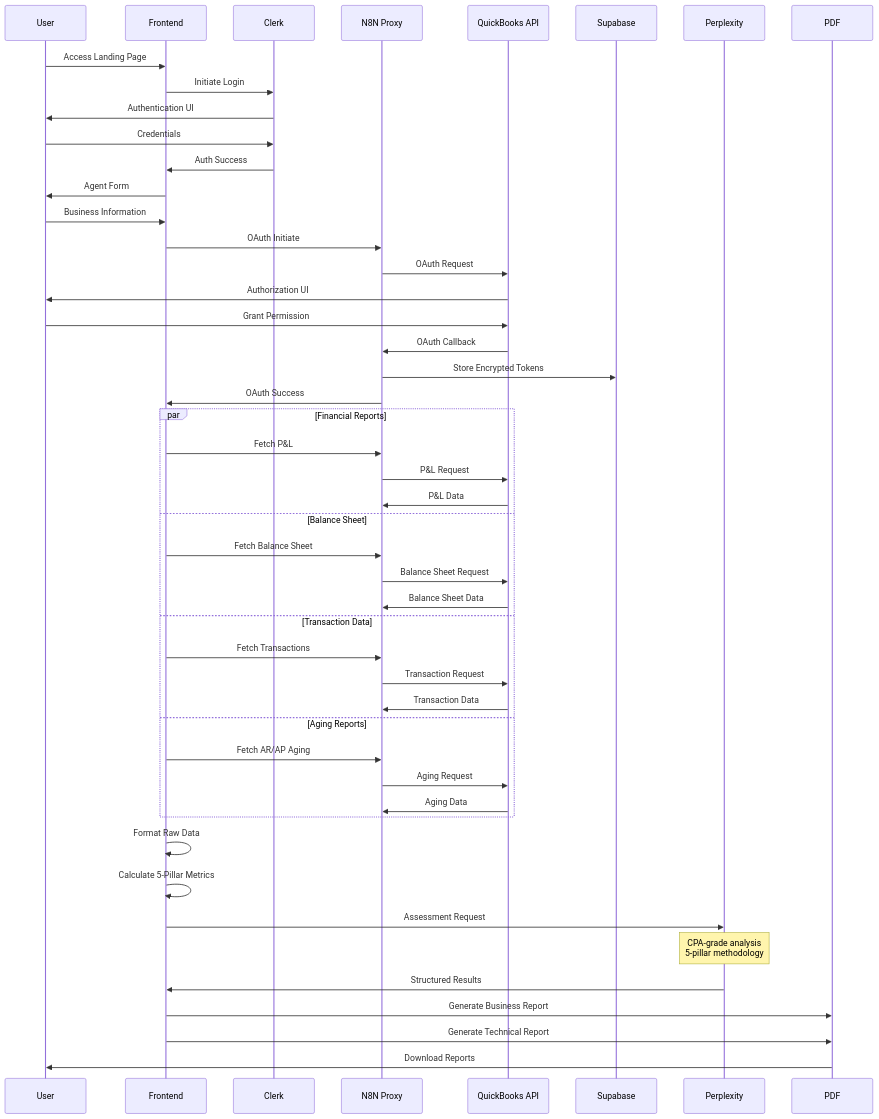
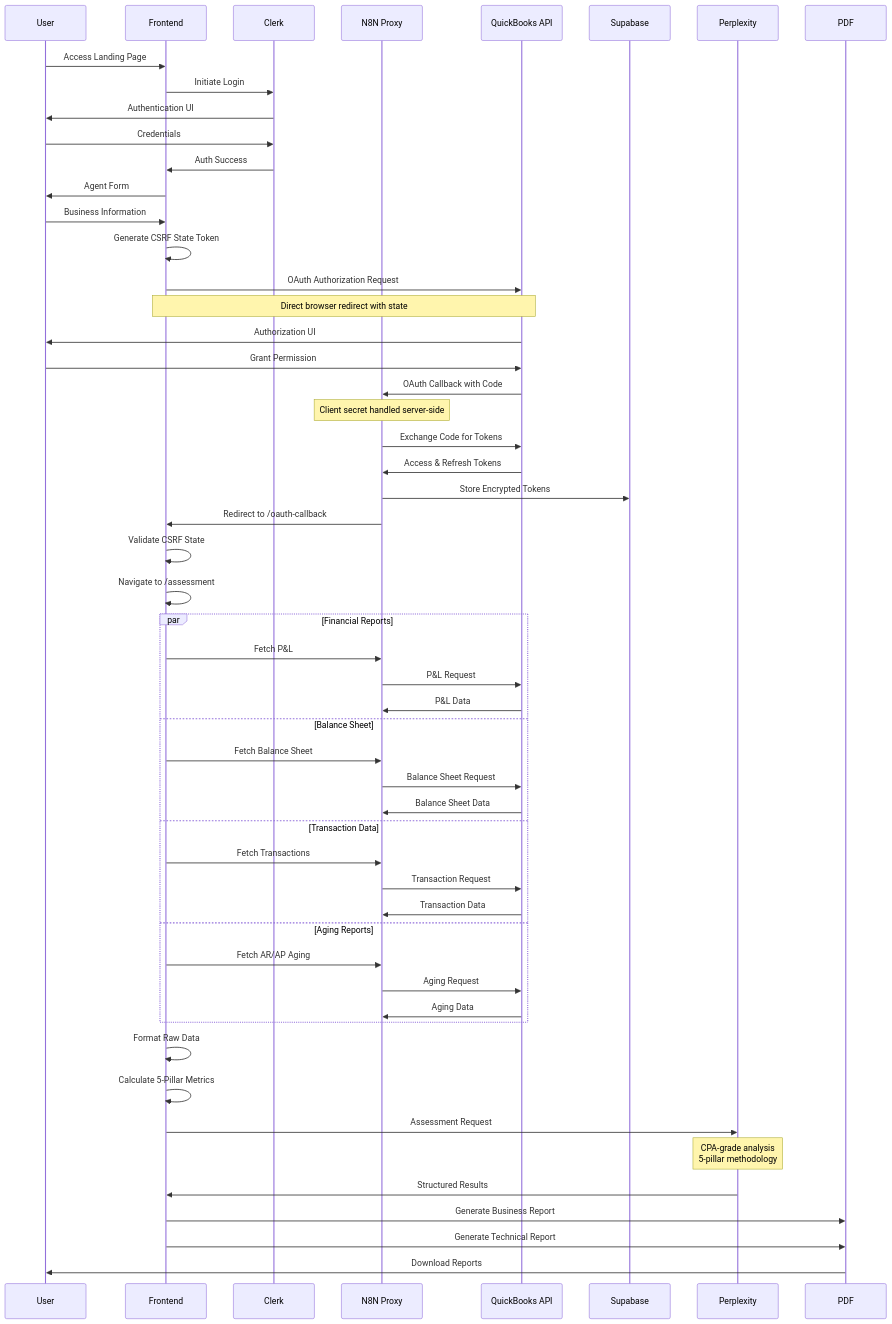
The second of 13 diagrams in docs/TECHNICAL_SPECIFICATION.md (luxtelos/adaptive-book-hygience-poc), drawn with Mermaid before and after one commit. The commit also changed other lines of this file and 5 other files, not shown here.

First line of the commit message:
fix: resolve OAuth callback infinite loop and update token management to use N8N JSON endpoints

````diff
--- a/docs/TECHNICAL_SPECIFICATION.md
+++ b/docs/TECHNICAL_SPECIFICATION.md
@@ -116,64 +116,70 @@
 ```mermaid
 sequenceDiagram
     participant User
     participant Frontend
     participant Clerk
     participant QBO_Proxy as N8N Proxy
     participant QBO as QuickBooks API
     participant Supabase
     participant Perplexity
     participant PDF
     
     %% Phase 1: Authentication
     User->>Frontend: Access Landing Page
     Frontend->>Clerk: Initiate Login
     Clerk->>User: Authentication UI
     User->>Clerk: Credentials
     Clerk->>Frontend: Auth Success
     
     %% Phase 2: Business Context
     Frontend->>User: Agent Form
     User->>Frontend: Business Information
     
-    %% Phase 3: QBO OAuth
-    Frontend->>QBO_Proxy: OAuth Initiate
-    QBO_Proxy->>QBO: OAuth Request
+    %% Phase 3: QBO OAuth (Secure Flow)
+    Frontend->>Frontend: Generate CSRF State Token
+    Frontend->>QBO: OAuth Authorization Request
+    Note over Frontend,QBO: Direct browser redirect with state
     QBO->>User: Authorization UI
     User->>QBO: Grant Permission
-    QBO->>QBO_Proxy: OAuth Callback
+    QBO->>QBO_Proxy: OAuth Callback with Code
+    Note over QBO_Proxy: Client secret handled server-side
+    QBO_Proxy->>QBO: Exchange Code for Tokens
+    QBO->>QBO_Proxy: Access & Refresh Tokens
     QBO_Proxy->>Supabase: Store Encrypted Tokens
-    QBO_Proxy->>Frontend: OAuth Success
+    QBO_Proxy->>Frontend: Redirect to /oauth-callback
+    Frontend->>Frontend: Validate CSRF State
+    Frontend->>Frontend: Navigate to /assessment
     
     %% Phase 4: Data Extraction (Parallel)
     par Financial Reports
         Frontend->>QBO_Proxy: Fetch P&L
         QBO_Proxy->>QBO: P&L Request
         QBO->>QBO_Proxy: P&L Data
     and Balance Sheet
         Frontend->>QBO_Proxy: Fetch Balance Sheet
         QBO_Proxy->>QBO: Balance Sheet Request
         QBO->>QBO_Proxy: Balance Sheet Data
     and Transaction Data
         Frontend->>QBO_Proxy: Fetch Transactions
         QBO_Proxy->>QBO: Transaction Request
         QBO->>QBO_Proxy: Transaction Data
     and Aging Reports
         Frontend->>QBO_Proxy: Fetch AR/AP Aging
         QBO_Proxy->>QBO: Aging Request
         QBO->>QBO_Proxy: Aging Data
     end
     
     %% Phase 5: Data Processing
     Frontend->>Frontend: Format Raw Data
     Frontend->>Frontend: Calculate 5-Pillar Metrics
     
     %% Phase 6: AI Analysis
     Frontend->>Perplexity: Assessment Request
     Note over Perplexity: CPA-grade analysis<br/>5-pillar methodology
     Perplexity->>Frontend: Structured Results
     
     %% Phase 7: Report Generation
     Frontend->>PDF: Generate Business Report
     Frontend->>PDF: Generate Technical Report
     PDF->>User: Download Reports
 ```
````
